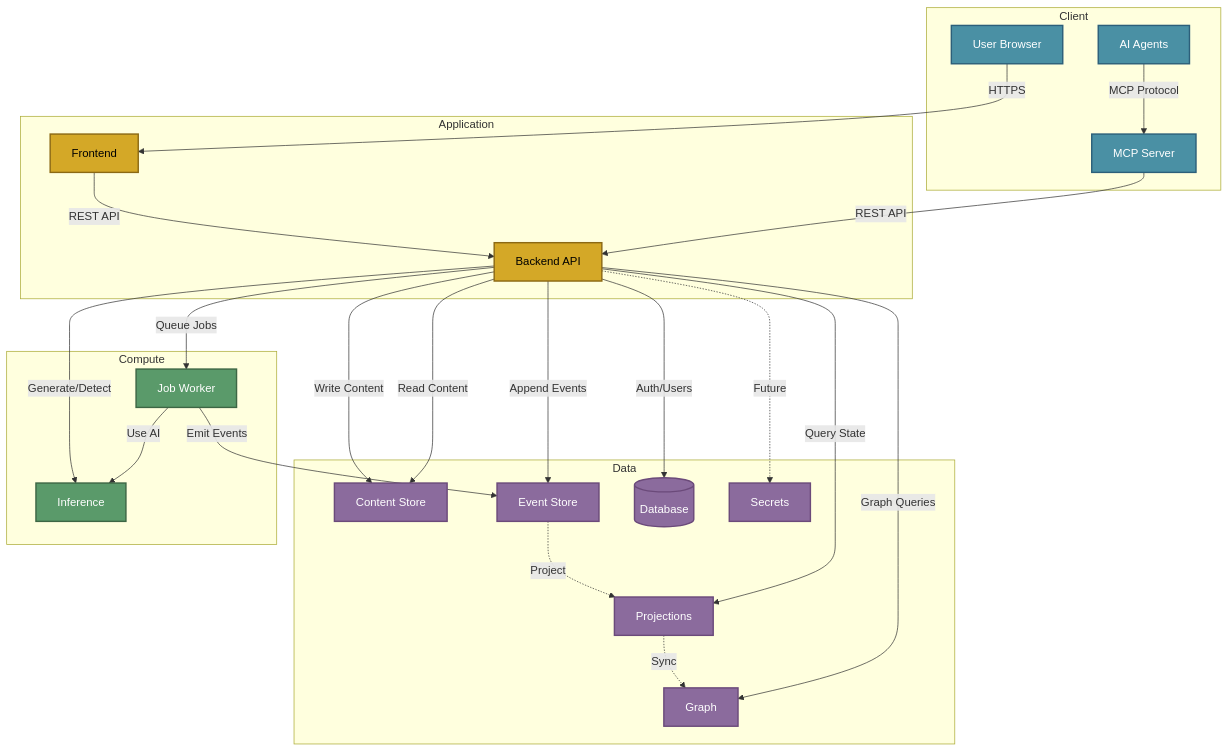
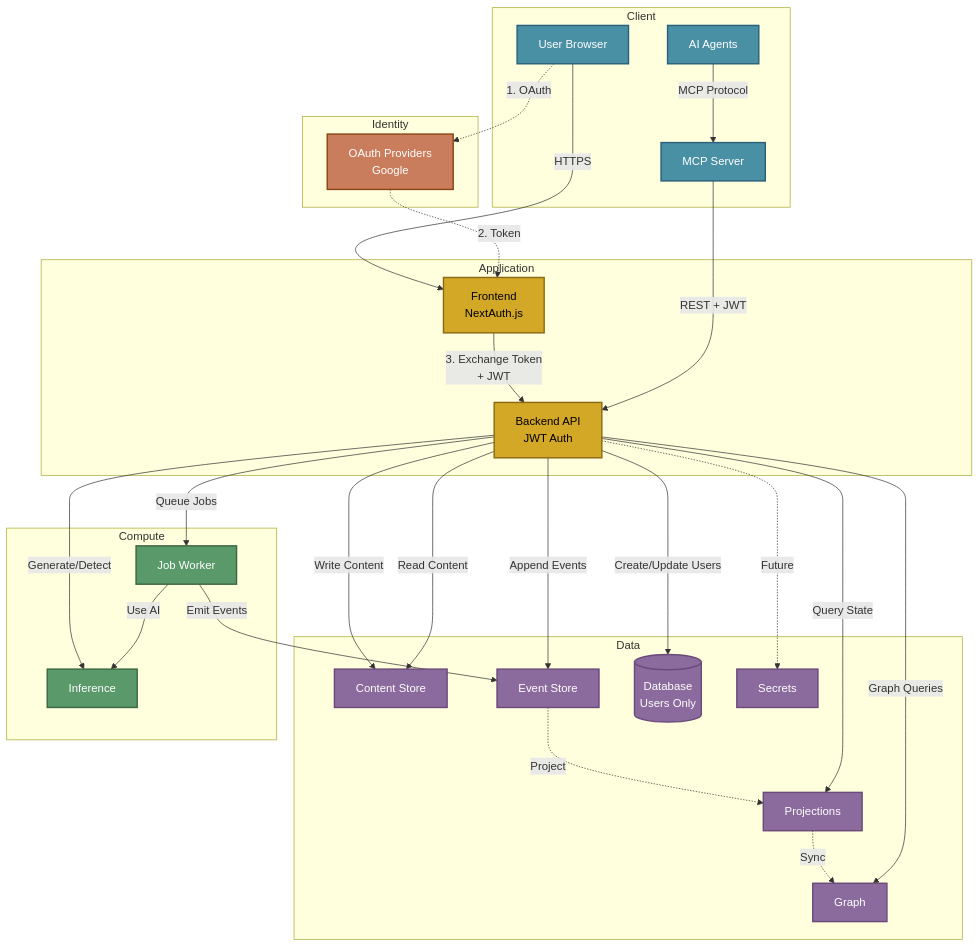
One commit to The-AI-Alliance/semiont changed the diagram in docs/ARCHITECTURE.md. Above: the diagram before and after it, drawn with Mermaid. The commit also changed other lines of this file, not shown here.

Commit message:
more auth...

````diff
--- a/docs/ARCHITECTURE.md
+++ b/docs/ARCHITECTURE.md
@@ -23,67 +23,75 @@
 ```mermaid
 graph TB
     subgraph "Client"
         USER[User Browser]
         AI[AI Agents]
         MCP[MCP Server]
     end
 
+    subgraph "Identity"
+        OAUTH[OAuth Providers<br/>Google]
+    end
+
     subgraph "Application"
-        FE[Frontend]
-        BE[Backend API]
+        FE[Frontend<br/>NextAuth.js]
+        BE[Backend API<br/>JWT Auth]
     end
 
     subgraph "Data"
         CONTENT[Content Store]
         EVENTS[Event Store]
         PROJ[Projections]
         GRAPH[Graph]
-        DB[(Database)]
+        DB[(Database<br/>Users Only)]
         SEC[Secrets]
     end
 
     subgraph "Compute"
         INF[Inference]
         JW[Job Worker]
     end
 
     %% Client connections
     USER -->|HTTPS| FE
     AI -->|MCP Protocol| MCP
 
-    %% Application
-    FE -->|REST API| BE
-    MCP -->|REST API| BE
+    %% OAuth flow
+    USER -.->|1. OAuth| OAUTH
+    OAUTH -.->|2. Token| FE
+    FE -->|3. Exchange Token<br/>+ JWT| BE
+    MCP -->|REST + JWT| BE
 
     %% Backend to data (write path)
     BE -->|Write Content| CONTENT
     BE -->|Append Events| EVENTS
-    BE -->|Auth/Users| DB
+    BE -->|Create/Update Users| DB
     BE -.->|Future| SEC
 
     %% Event-driven flow
     EVENTS -.->|Project| PROJ
     PROJ -.->|Sync| GRAPH
 
     %% Backend reads
     BE -->|Read Content| CONTENT
     BE -->|Query State| PROJ
     BE -->|Graph Queries| GRAPH
 
     %% Compute services
     BE -->|Generate/Detect| INF
     BE -->|Queue Jobs| JW
     JW -->|Emit Events| EVENTS
     JW -->|Use AI| INF
 
     %% Styling - darker fills ensure text contrast in both light and dark modes
     classDef client fill:#4a90a4,stroke:#2c5f7a,stroke-width:2px,color:#fff
+    classDef identity fill:#c97d5d,stroke:#8b4513,stroke-width:2px,color:#fff
     classDef app fill:#d4a827,stroke:#8b6914,stroke-width:2px,color:#000
     classDef data fill:#8b6b9d,stroke:#6b4a7a,stroke-width:2px,color:#fff
     classDef compute fill:#5a9a6a,stroke:#3d6644,stroke-width:2px,color:#fff
 
     class USER,AI,MCP client
+    class OAUTH identity
     class FE,BE app
     class CONTENT,EVENTS,PROJ,GRAPH,DB,SEC data
     class INF,JW compute
 ```
````
